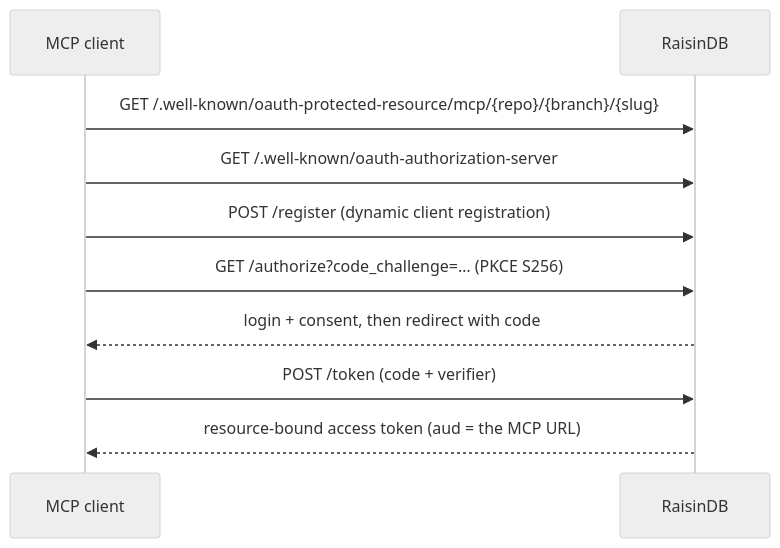
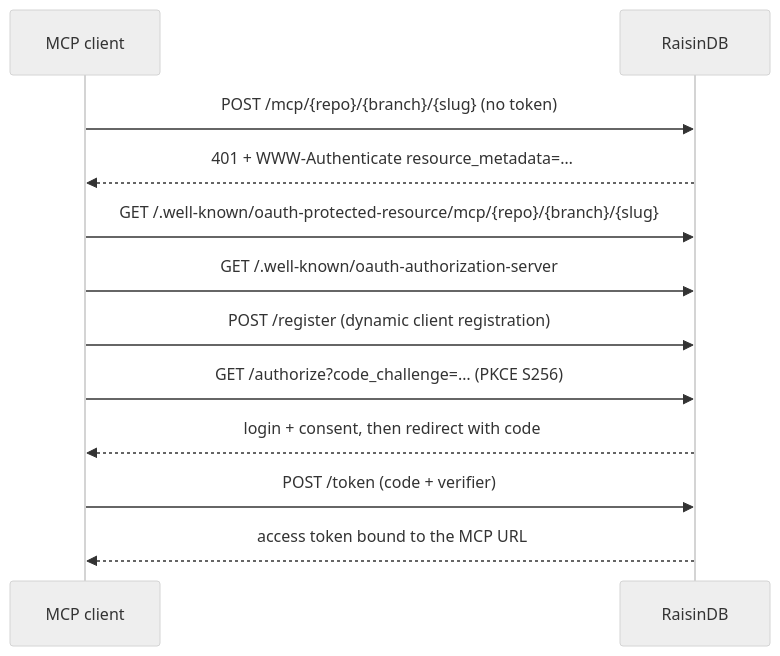
One commit to maravilla-labs/raisindb-website changed the diagram in docs/guides/mcp/authentication.md. Above: the diagram before and after it, drawn with Mermaid (neutral theme). The commit also changed other lines of this file and 174 other files, not shown here.

````diff
--- a/docs/guides/mcp/authentication.md
+++ b/docs/guides/mcp/authentication.md
@@ -27,12 +31,14 @@
 ```mermaid
 sequenceDiagram
   participant C as MCP client
   participant S as RaisinDB
+  C->>S: POST /mcp/{repo}/{branch}/{slug} (no token)
+  S-->>C: 401 + WWW-Authenticate resource_metadata=…
   C->>S: GET /.well-known/oauth-protected-resource/mcp/{repo}/{branch}/{slug}
   C->>S: GET /.well-known/oauth-authorization-server
   C->>S: POST /register (dynamic client registration)
   C->>S: GET /authorize?code_challenge=… (PKCE S256)
   S-->>C: login + consent, then redirect with code
   C->>S: POST /token (code + verifier)
-  S-->>C: resource-bound access token (aud = the MCP URL)
+  S-->>C: access token bound to the MCP URL
 ```
````
